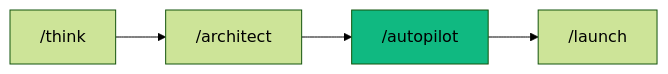
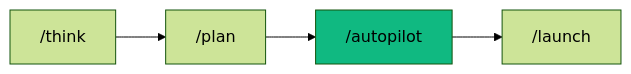
The third of 3 diagrams in .agent/workflows/autopilot.md (pikakit/agent-skills), drawn with Mermaid (forest theme) before and after one commit. The commit also changed other lines of this file and 5 other files, not shown here.

Commit message:
refactor: replace remaining /architect refs with /plan in workflow files

````diff
--- a/.agent/workflows/autopilot.md
+++ b/.agent/workflows/autopilot.md
@@ -934,7 +934,7 @@
 ```mermaid
 graph LR
-    A["/think"] --> B["/architect"]
+    A["/think"] --> B["/plan"]
     B --> C["/autopilot"]
     C --> D["/launch"]
     style C fill:#10b981
 ```
````
